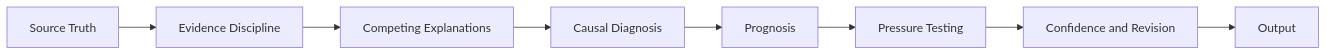
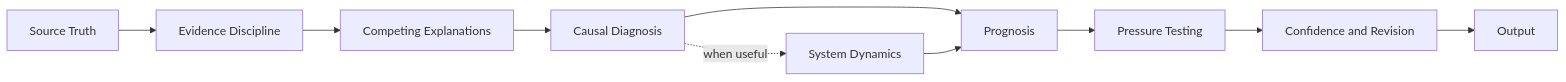
One commit to sschoenfeld-scotty/gtm-ai-reasoning-systems changed the diagram in architecture/full-stack-v4-public-architecture.md. Above: the diagram before and after it, drawn with Mermaid. The commit also changed other lines of this file, not shown here.

Commit message:
Refine Full Stack v4 public architecture

````diff
--- a/architecture/full-stack-v4-public-architecture.md
+++ b/architecture/full-stack-v4-public-architecture.md
@@ -22,10 +22,12 @@
 ```mermaid
 flowchart LR
     A[Source Truth] --> B[Evidence Discipline]
     B --> C[Competing Explanations]
     C --> D[Causal Diagnosis]
     D --> E[Prognosis]
+    D -. when useful .-> SD[System Dynamics]
+    SD --> E
     E --> F[Pressure Testing]
     F --> G[Confidence and Revision]
     G --> H[Output]
 ```
````
